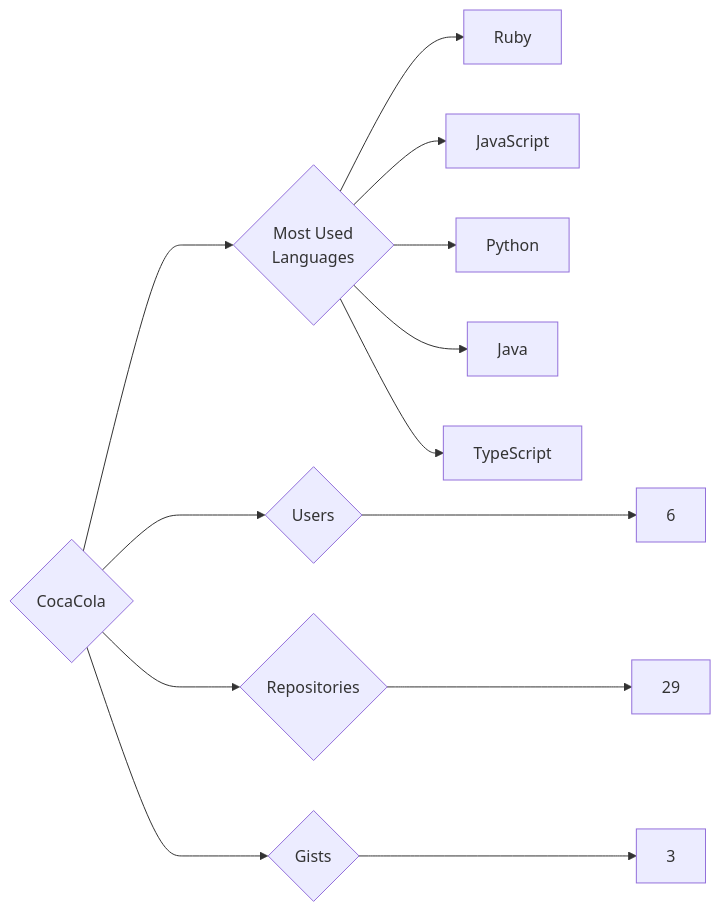
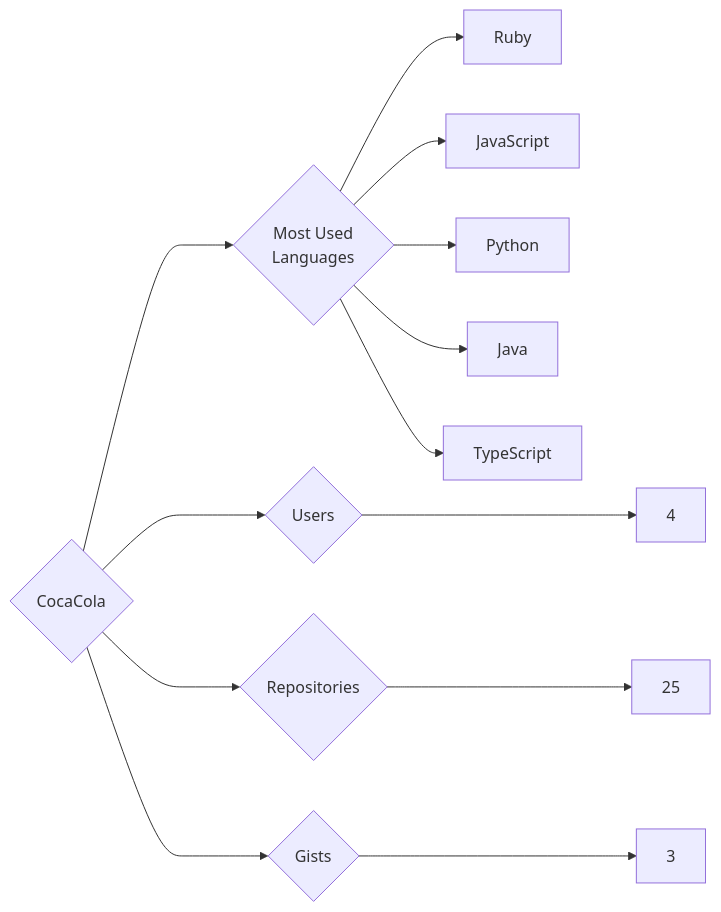
Before and after one commit to trickest/insiders: the diagram in targets/CocaCola/README.md, drawn with Mermaid. The commit also changed 776 other files, not shown here.

````diff
--- a/targets/CocaCola/README.md
+++ b/targets/CocaCola/README.md
@@ -3,13 +3,13 @@
 ```mermaid
 graph LR
 COMPANY_NAME{CocaCola}
-COMPANY_NAME ---> U{Users} ---> UN[6]
-COMPANY_NAME ---> R{Repositories} ---> RN[29]
+COMPANY_NAME ---> U{Users} ---> UN[4]
+COMPANY_NAME ---> R{Repositories} ---> RN[25]
 COMPANY_NAME ---> G{Gists} ---> GN[3]
 COMPANY_NAME ---> ML{Most Used<br>Languages}
 ML --> Ruby[Ruby]
 ML --> JavaScript[JavaScript]
 ML --> Python[Python]
 ML --> Java[Java]
 ML --> TypeScript[TypeScript]
 ```
````
